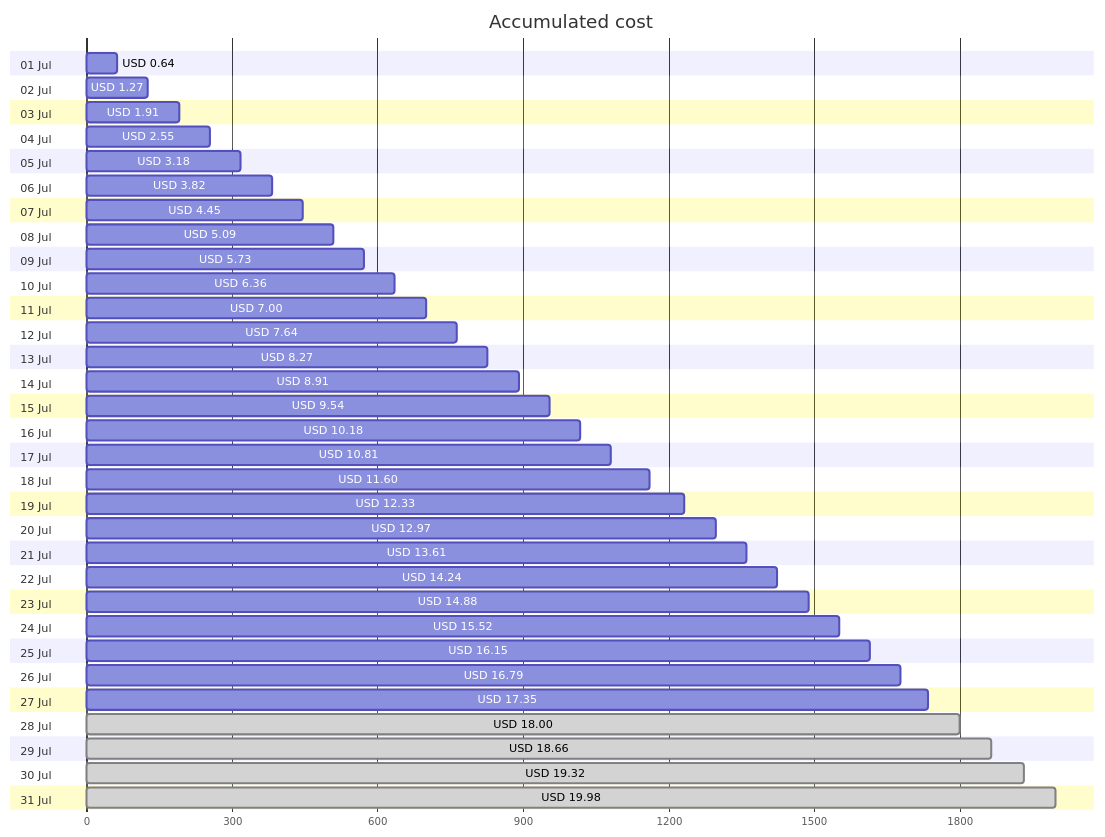
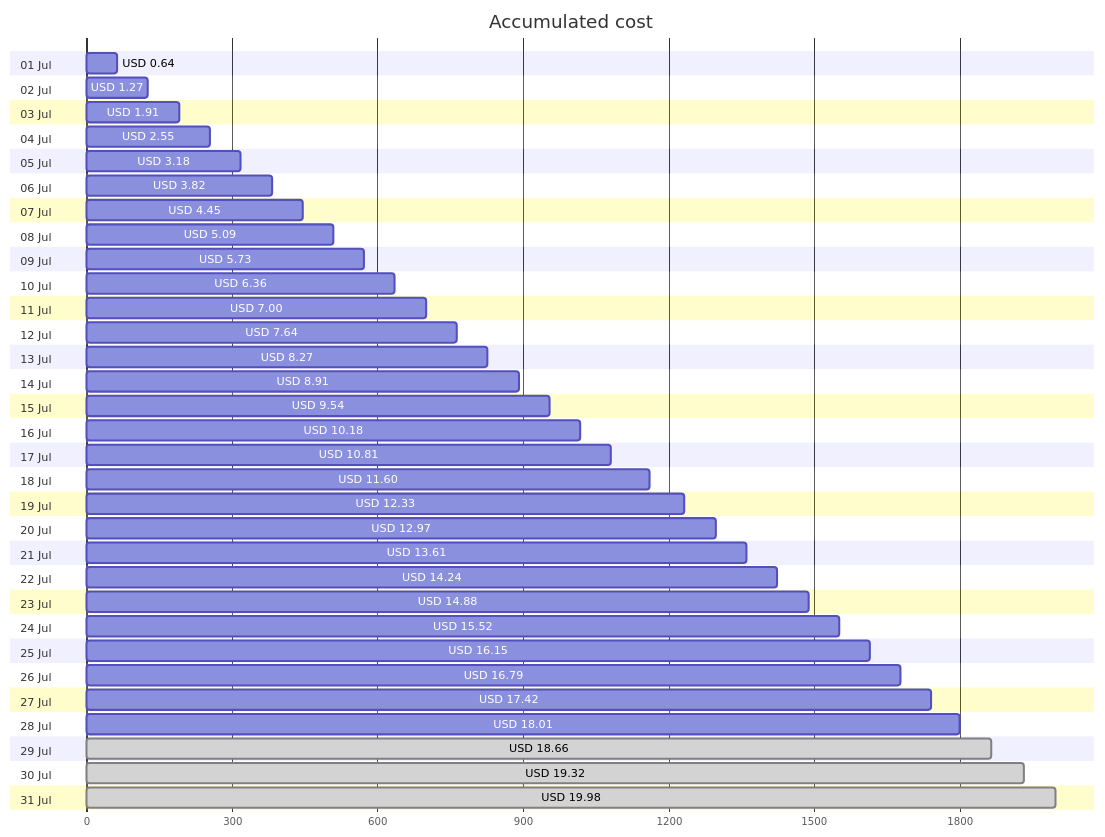
The first of 4 diagrams in cost-reports/accumulated-cost.md (jpfulton/azure-personal-reports), drawn with Mermaid before and after one commit. The commit also changed other lines of this file and 4 other files, not shown here.

````diff
--- a/cost-reports/accumulated-cost.md
+++ b/cost-reports/accumulated-cost.md
@@ -20,68 +20,68 @@
 ```mermaid
 gantt
    title Accumulated cost
    dateFormat  X
    axisFormat %s
    section 01 Jul
    USD 0.64 :0, 64
    section 02 Jul
    USD 1.27 :0, 127
    section 03 Jul
    USD 1.91 :0, 191
    section 04 Jul
    USD 2.55 :0, 255
    section 05 Jul
    USD 3.18 :0, 318
    section 06 Jul
    USD 3.82 :0, 382
    section 07 Jul
    USD 4.45 :0, 445
    section 08 Jul
    USD 5.09 :0, 509
    section 09 Jul
    USD 5.73 :0, 573
    section 10 Jul
    USD 6.36 :0, 636
    section 11 Jul
    USD 7.00 :0, 700
    section 12 Jul
    USD 7.64 :0, 764
    section 13 Jul
    USD 8.27 :0, 827
    section 14 Jul
    USD 8.91 :0, 891
    section 15 Jul
    USD 9.54 :0, 954
    section 16 Jul
    USD 10.18 :0, 1018
    section 17 Jul
    USD 10.81 :0, 1081
    section 18 Jul
    USD 11.60 :0, 1160
    section 19 Jul
    USD 12.33 :0, 1233
    section 20 Jul
    USD 12.97 :0, 1297
    section 21 Jul
    USD 13.61 :0, 1361
    section 22 Jul
    USD 14.24 :0, 1424
    section 23 Jul
    USD 14.88 :0, 1488
    section 24 Jul
    USD 15.52 :0, 1552
    section 25 Jul
    USD 16.15 :0, 1615
    section 26 Jul
    USD 16.79 :0, 1679
    section 27 Jul
-   USD 17.35 :0, 1735
+   USD 17.42 :0, 1742
    section 28 Jul
-   USD 18.00 : done, 0, 1800
+   USD 18.01 :0, 1801
    section 29 Jul
    USD 18.66 : done, 0, 1866
    section 30 Jul
    USD 19.32 : done, 0, 1932
    section 31 Jul
    USD 19.98 : done, 0, 1998
 ```
````
